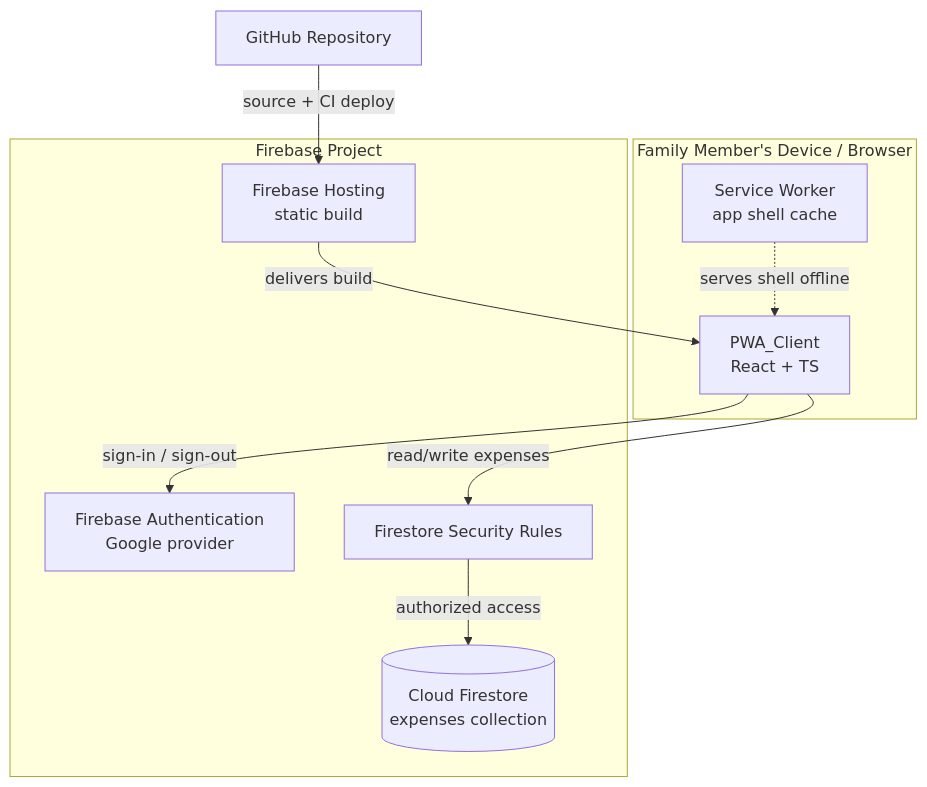
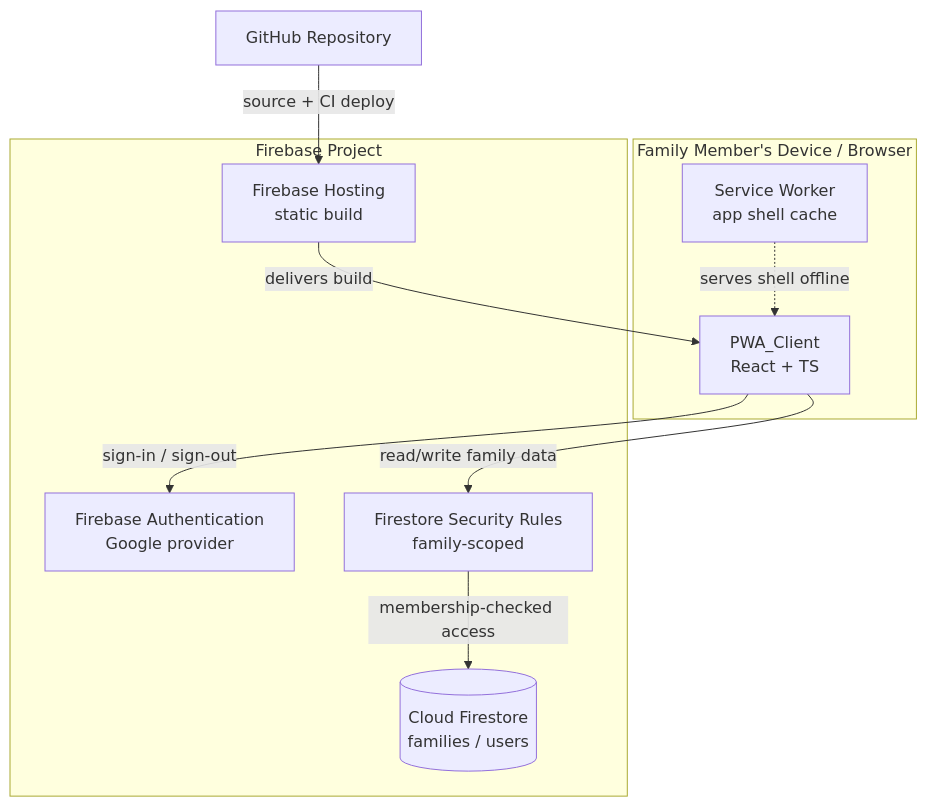
The first of 4 diagrams in .kiro/specs/family-expense-tracker-pwa/design.md (Gowthamrajp/family-expense-tracker-pwa), drawn with Mermaid before and after one commit. The commit also changed other lines of this file and 2 other files, not shown here.

First line of the commit message:
docs: Expand spec for family groups, custom categories, sub-sources

````diff
--- a/.kiro/specs/family-expense-tracker-pwa/design.md
+++ b/.kiro/specs/family-expense-tracker-pwa/design.md
@@ -34,23 +47,23 @@
 ```mermaid
 graph TB
     subgraph Device["Family Member's Device / Browser"]
         SW[Service Worker<br/>app shell cache]
         Client[PWA_Client<br/>React + TS]
     end
 
     subgraph Firebase["Firebase Project"]
         Auth[Firebase Authentication<br/>Google provider]
-        FS[(Cloud Firestore<br/>expenses collection)]
-        Rules[Firestore Security Rules]
+        Rules[Firestore Security Rules<br/>family-scoped]
+        FS[(Cloud Firestore<br/>families / users)]
         Hosting[Firebase Hosting<br/>static build]
     end
 
     GH[GitHub Repository]
 
     Client -->|sign-in / sign-out| Auth
-    Client -->|read/write expenses| Rules
-    Rules -->|authorized access| FS
+    Client -->|read/write family data| Rules
+    Rules -->|membership-checked access| FS
     SW -.->|serves shell offline| Client
     Hosting -->|delivers build| Client
     GH -->|source + CI deploy| Hosting
 ```
````
